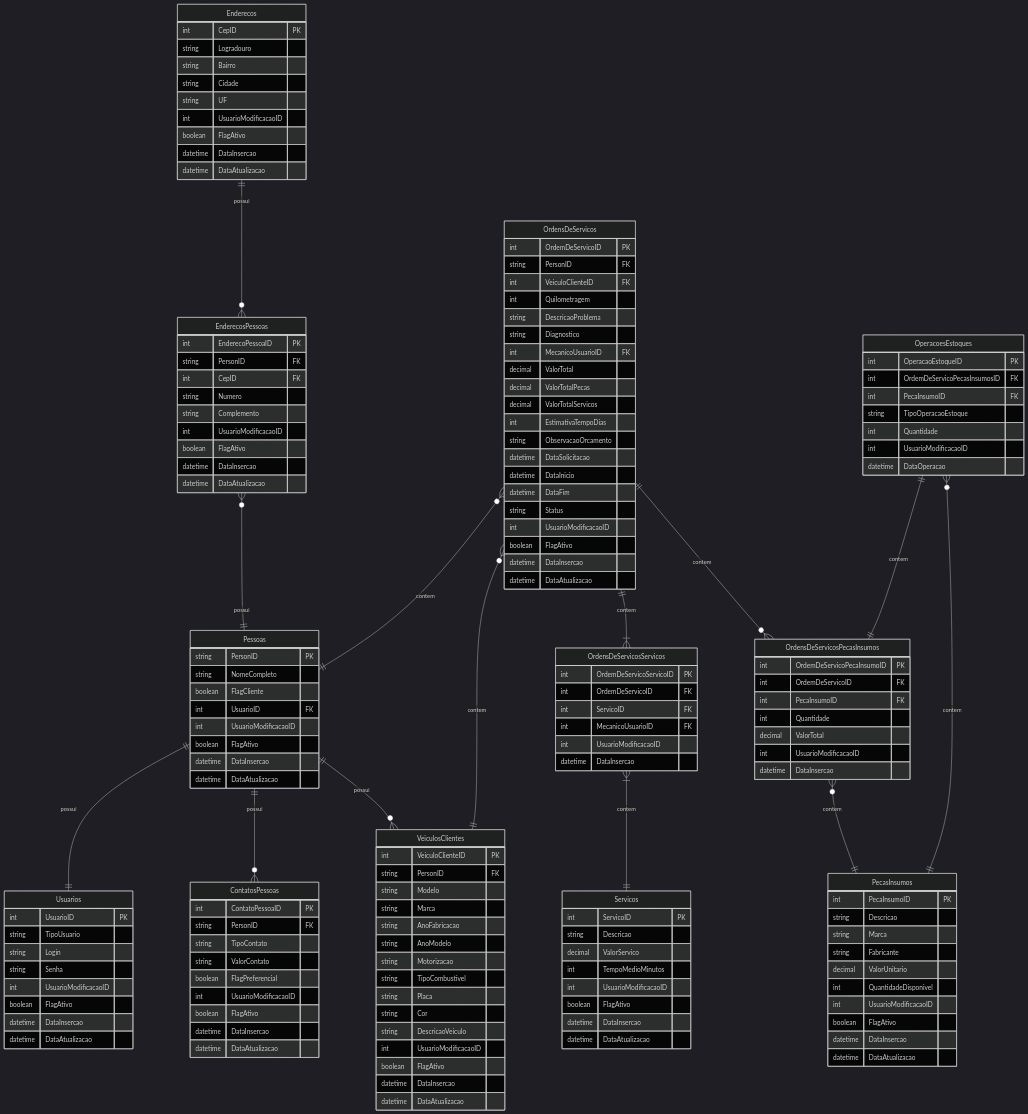
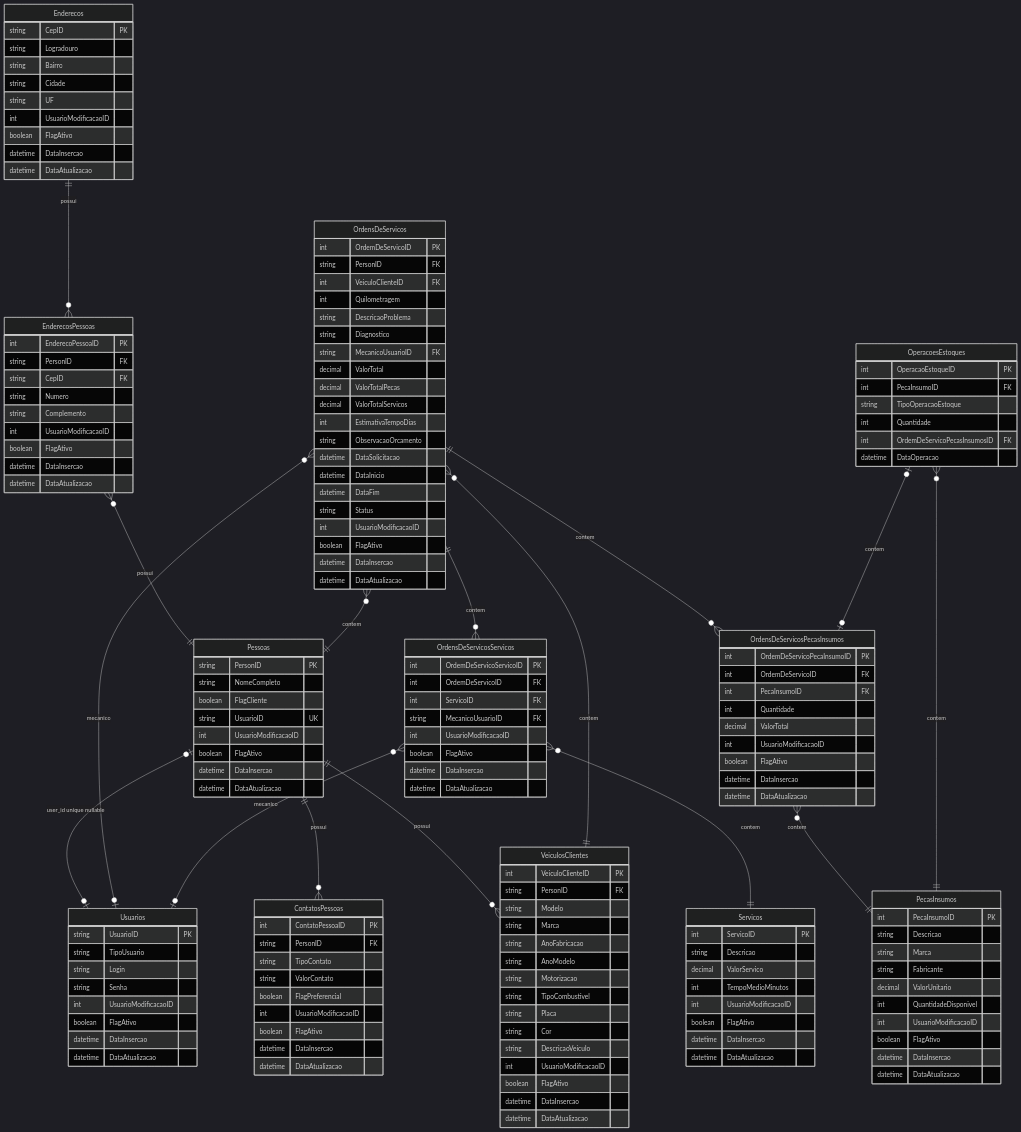
One commit to andrey-murari/py-fastapi-mecanica-siaes changed the diagram in mermaid/mer.mermaid. Above: the diagram before and after it, drawn with Mermaid (dark theme). The commit also changed 34 other files, not shown here.

```diff
--- a/mermaid/mer.mermaid
+++ b/mermaid/mer.mermaid
@@ -1,175 +1,168 @@
 erDiagram
     Pessoas {
         string PersonID PK
         string NomeCompleto
         boolean FlagCliente
-        %% Usuario associado a pessoa (1:1, unique) %%
-        int UsuarioID FK
-        %% Campos sistemicos %%
+        string UsuarioID UK
         int UsuarioModificacaoID
         boolean FlagAtivo
         datetime DataInsercao
         datetime DataAtualizacao
     }
+    %% user_id = login = CPF/CNPJ. Admin do .env nao tem linha. %%
     Usuarios {
-        int UsuarioID PK
+        string UsuarioID PK
         string TipoUsuario
         string Login
         string Senha
-        %% Campos sistemicos %%
         int UsuarioModificacaoID
         boolean FlagAtivo
         datetime DataInsercao
         datetime DataAtualizacao
     }
-    %% Sera buscado e populado CEP via API %%
+    %% CEP via ViaCEP. PK string 8 digitos. %%
     Enderecos {
-        int CepID PK
+        string CepID PK
         string Logradouro
         string Bairro
         string Cidade
         string UF
-        %% Campos sistemicos %%
         int UsuarioModificacaoID
         boolean FlagAtivo
         datetime DataInsercao
         datetime DataAtualizacao
     }
     EnderecosPessoas {
         int EnderecoPessoaID PK
         string PersonID FK
-        int CepID FK
+        string CepID FK
         string Numero
         string Complemento
-        %% Campos sistemicos %%
         int UsuarioModificacaoID
         boolean FlagAtivo
         datetime DataInsercao
         datetime DataAtualizacao
     }
     ContatosPessoas {
         int ContatoPessoaID PK
         string PersonID FK
         string TipoContato
         string ValorContato
         boolean FlagPreferencial
-        %% Campos sistemicos %%
         int UsuarioModificacaoID
         boolean FlagAtivo
         datetime DataInsercao
         datetime DataAtualizacao
     }
     VeiculosClientes {
         int VeiculoClienteID PK
         string PersonID FK
         string Modelo
         string Marca
         string AnoFabricacao
         string AnoModelo
         string Motorizacao
         string TipoCombustivel
         string Placa
         string Cor
         string DescricaoVeiculo
-        %% Campos sistemicos %%
         int UsuarioModificacaoID
         boolean FlagAtivo
         datetime DataInsercao
         datetime DataAtualizacao
     }
     OrdensDeServicos {
         int OrdemDeServicoID PK
         string PersonID FK
         int VeiculoClienteID FK
         int Quilometragem
         string DescricaoProblema
         string Diagnostico
-        int MecanicoUsuarioID FK
+        string MecanicoUsuarioID FK
         decimal ValorTotal
         decimal ValorTotalPecas
         decimal ValorTotalServicos
         int EstimativaTempoDias
         string ObservacaoOrcamento
         datetime DataSolicitacao
         datetime DataInicio
         datetime DataFim
         string Status
-        %% Campos sistemicos %%
         int UsuarioModificacaoID
         boolean FlagAtivo
         datetime DataInsercao
         datetime DataAtualizacao
     }
     OrdensDeServicosPecasInsumos {
         int OrdemDeServicoPecaInsumoID PK
         int OrdemDeServicoID FK
         int PecaInsumoID FK
         int Quantidade
         decimal ValorTotal
-        %% Campos sistemicos %%
         int UsuarioModificacaoID
+        boolean FlagAtivo
         datetime DataInsercao
+        datetime DataAtualizacao
     }
     OrdensDeServicosServicos {
         int OrdemDeServicoServicoID PK
         int OrdemDeServicoID FK
         int ServicoID FK
-        int MecanicoUsuarioID FK
-        %% Campos sistemicos %%
+        string MecanicoUsuarioID FK
         int UsuarioModificacaoID
+        boolean FlagAtivo
         datetime DataInsercao
+        datetime DataAtualizacao
     }
-    %% Poderia ser populado inicialmente em batch %%
-    Servicos{
+    Servicos {
         int ServicoID PK
         string Descricao
         decimal ValorServico
         int TempoMedioMinutos
         int UsuarioModificacaoID
-        %% Campos sistemicos %%
         boolean FlagAtivo
         datetime DataInsercao
         datetime DataAtualizacao
     }
-    %% Poderia ser populado inicialmente em batch %%
     PecasInsumos {
         int PecaInsumoID PK
         string Descricao
         string Marca
         string Fabricante
         decimal ValorUnitario
-        %% Campos sistemicos %%
         int QuantidadeDisponivel
         int UsuarioModificacaoID
         boolean FlagAtivo
         datetime DataInsercao
         datetime DataAtualizacao
     }
+    %% order_part_id opcional (entrada inicial sem OS). unique quando preenchido. %%
     OperacoesEstoques {
         int OperacaoEstoqueID PK
-        int OrdemDeServicoPecasInsumosID FK
         int PecaInsumoID FK
         string TipoOperacaoEstoque
         int Quantidade
-        int UsuarioModificacaoID
+        int OrdemDeServicoPecasInsumosID FK
         datetime DataOperacao
     }
 
     Enderecos ||--o{ EnderecosPessoas : possui
     EnderecosPessoas }o--|| Pessoas : possui
 
-    Pessoas ||--|| Usuarios : "possui"
+    Pessoas |o--o| Usuarios : "user_id unique nullable"
     Pessoas ||--o{ ContatosPessoas : possui
-    Pessoas ||--o{ VeiculosClientes: possui
+    Pessoas ||--o{ VeiculosClientes : possui
 
-    OrdensDeServicos }o--|| Pessoas: contem
-    OrdensDeServicos }o--|| VeiculosClientes: contem
+    OrdensDeServicos }o--|| Pessoas : contem
+    OrdensDeServicos }o--|| VeiculosClientes : contem
+    OrdensDeServicos }o--o| Usuarios : mecanico
 
-    OrdensDeServicos ||--|{ OrdensDeServicosServicos: contem
-    OrdensDeServicos ||--o{ OrdensDeServicosPecasInsumos: contem
+    OrdensDeServicos ||--o{ OrdensDeServicosServicos : contem
+    OrdensDeServicos ||--o{ OrdensDeServicosPecasInsumos : contem
 
-    OrdensDeServicosServicos }|--|| Servicos: contem
-    OrdensDeServicosPecasInsumos }o--|| PecasInsumos: contem
+    OrdensDeServicosServicos }o--|| Servicos : contem
+    OrdensDeServicosServicos }o--o| Usuarios : mecanico
+    OrdensDeServicosPecasInsumos }o--|| PecasInsumos : contem
 
-    OperacoesEstoques }o--|| PecasInsumos: contem
-    OperacoesEstoques ||--|| OrdensDeServicosPecasInsumos: contem
+    OperacoesEstoques }o--|| PecasInsumos : contem
+    OperacoesEstoques |o--o| OrdensDeServicosPecasInsumos : contem
```
